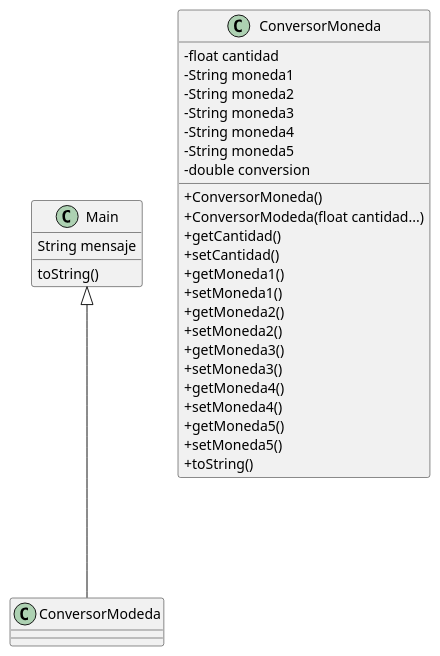
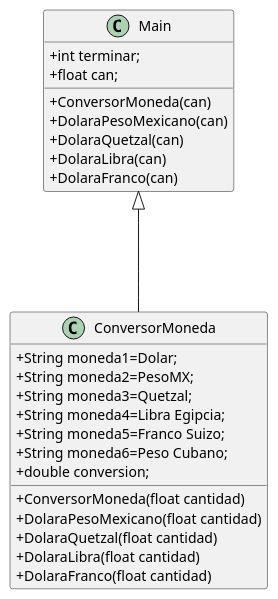
Before and after one commit to Cristopher2023/ConvertirMoneda: the diagram in Diagrama de Clases.puml, drawn with PlantUML. The commit also changed 2 other files, not shown here.

```diff
--- a/Diagrama de Clases.puml
+++ b/Diagrama de Clases.puml
@@ -1,35 +1,32 @@
 @startuml
 skinparam classAttributeIconSize 0
 
 class Main {
-    String mensaje
-    toString()
+    +int terminar;
+    +float can;
+    + ConversorMoneda(can)
+        + DolaraPesoMexicano(can)
+        + DolaraQuetzal(can)
+        + DolaraLibra(can)
+        + DolaraFranco(can)
 }
 
 class ConversorMoneda {
-    - float cantidad
-    - String moneda1
-    - String moneda2
-    - String moneda3
-    - String moneda4
-    - String moneda5
-    - double conversion
-    + ConversorMoneda()
-    + ConversorModeda(float cantidad...)
-    + getCantidad()
-    + setCantidad()
-    + getMoneda1()
-    + setMoneda1()
-    + getMoneda2()
-    + setMoneda2()
-    + getMoneda3()
-    + setMoneda3()
-    + getMoneda4()
-    + setMoneda4()
-    + getMoneda5()
-    + setMoneda5()
-    + toString()
+    + String moneda1=Dolar;
+    + String moneda2=PesoMX;
+    + String moneda3=Quetzal;
+    + String moneda4=Libra Egipcia;
+    + String moneda5=Franco Suizo;
+    + String moneda6=Peso Cubano;
+    + double conversion;
+    + ConversorMoneda(float cantidad)
+    + DolaraPesoMexicano(float cantidad)
+    + DolaraQuetzal(float cantidad)
+    + DolaraLibra(float cantidad)
+    + DolaraFranco(float cantidad)
+
+
 }
 
-Main <|--- ConversorModeda
+Main <|--- ConversorMoneda
 @enduml
```
